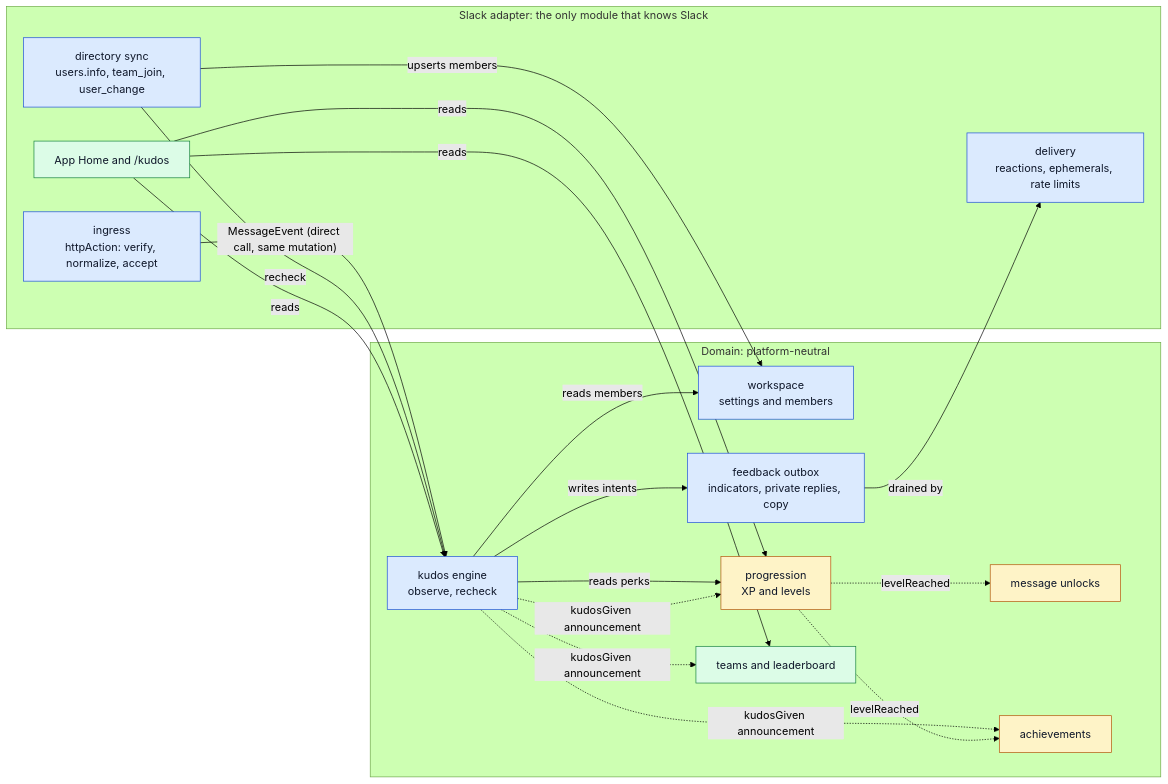
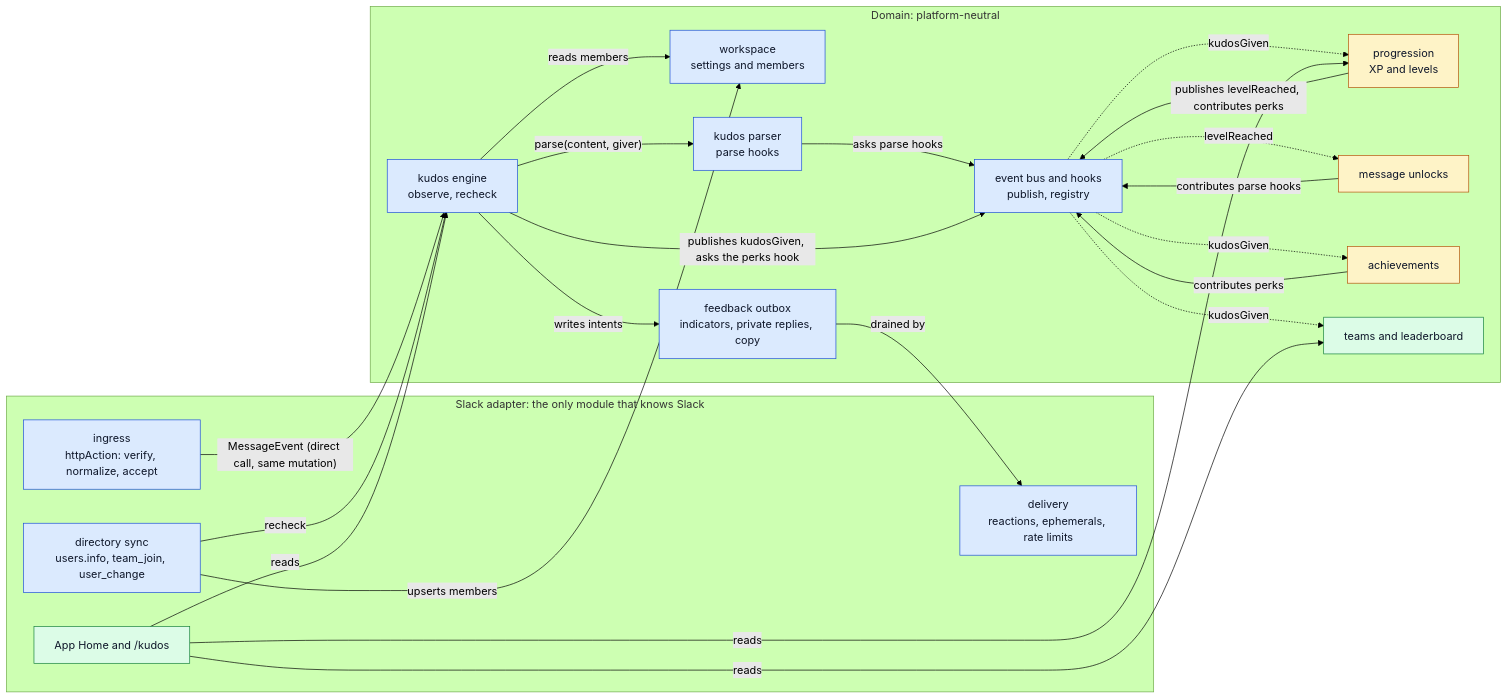
Before and after one commit to Silthus/kudos: the first of 5 diagrams in prototype/architecture.md, drawn with Mermaid (forest theme). The commit also changed other lines of this file and 7 other files, not shown here.

First line of the commit message:
Make the prototype event-driven with a hookable kudos parser (#11 round 1)

````diff
--- a/prototype/architecture.md
+++ b/prototype/architecture.md
@@ -15,41 +19,47 @@
 ```mermaid
 flowchart LR
   subgraph slack["Slack adapter: the only module that knows Slack"]
     ingress["ingress<br/>httpAction: verify, normalize, accept"]
     directorySync["directory sync<br/>users.info, team_join, user_change"]
     delivery["delivery<br/>reactions, ephemerals, rate limits"]
     home["App Home and /kudos"]
   end
   subgraph domain["Domain: platform-neutral"]
     workspace["workspace<br/>settings and members"]
     kudos["kudos engine<br/>observe, recheck"]
     feedback["feedback outbox<br/>indicators, private replies, copy"]
     progression["progression<br/>XP and levels"]
     unlocks["message unlocks"]
     achievements["achievements"]
     teams["teams and leaderboard"]
+    bus["event bus and hooks<br/>publish, registry"]
+    parser["kudos parser<br/>parse hooks"]
   end
 
   ingress -->|"MessageEvent (direct call, same mutation)"| kudos
   kudos -->|"reads members"| workspace
-  kudos -->|"reads perks"| progression
   kudos -->|"writes intents"| feedback
-  kudos -.->|"kudosGiven announcement"| progression
-  kudos -.->|"kudosGiven announcement"| achievements
-  kudos -.->|"kudosGiven announcement"| teams
+  kudos -->|"parse(content, giver)"| parser
+  parser -->|"asks parse hooks"| bus
+  kudos -->|"publishes kudosGiven, asks the perks hook"| bus
+  bus -.->|"kudosGiven"| progression
+  bus -.->|"kudosGiven"| achievements
+  bus -.->|"kudosGiven"| teams
+  progression -->|"publishes levelReached, contributes perks"| bus
+  achievements -->|"contributes perks"| bus
+  bus -.->|"levelReached"| unlocks
+  unlocks -->|"contributes parse hooks"| bus
   directorySync -->|"upserts members"| workspace
   directorySync -->|"recheck"| kudos
   feedback -->|"drained by"| delivery
   home -->|"reads"| kudos
   home -->|"reads"| progression
   home -->|"reads"| teams
-  progression -.->|"levelReached"| unlocks
-  progression -.->|"levelReached"| achievements
 
   classDef spec1 fill:#dbeafe,stroke:#1d4ed8,color:#0f172a
   classDef spec2 fill:#fef3c7,stroke:#b45309,color:#0f172a
   classDef spec3 fill:#dcfce7,stroke:#15803d,color:#0f172a
-  class ingress,directorySync,delivery,workspace,kudos,feedback spec1
+  class ingress,directorySync,delivery,workspace,kudos,feedback,bus,parser spec1
   class progression,unlocks,achievements spec2
   class home,teams spec3
 ```
````
